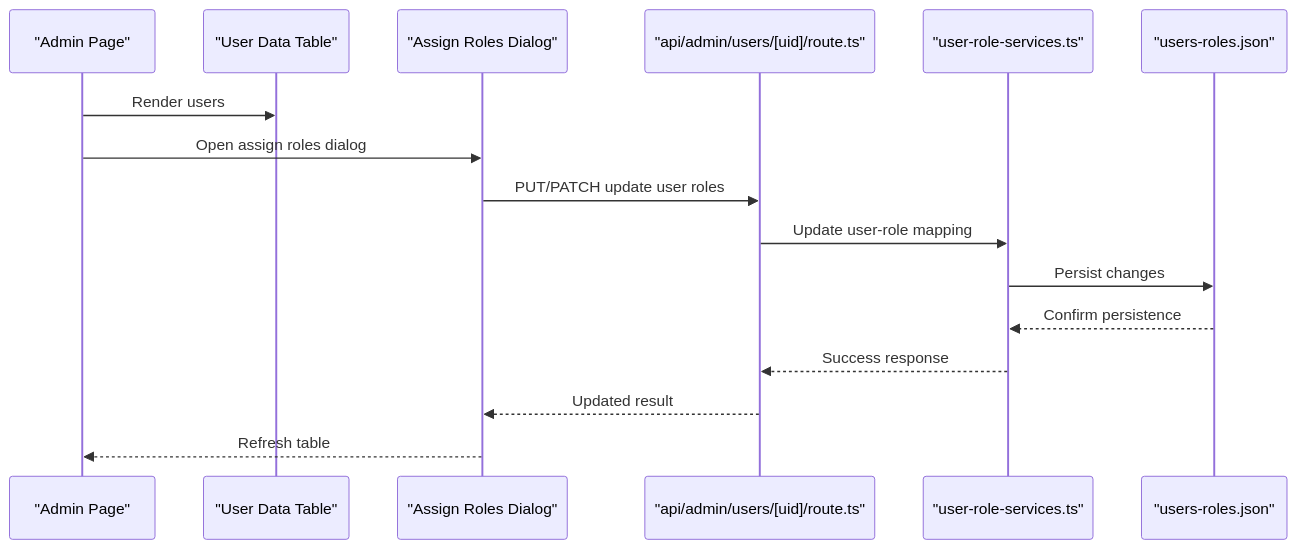
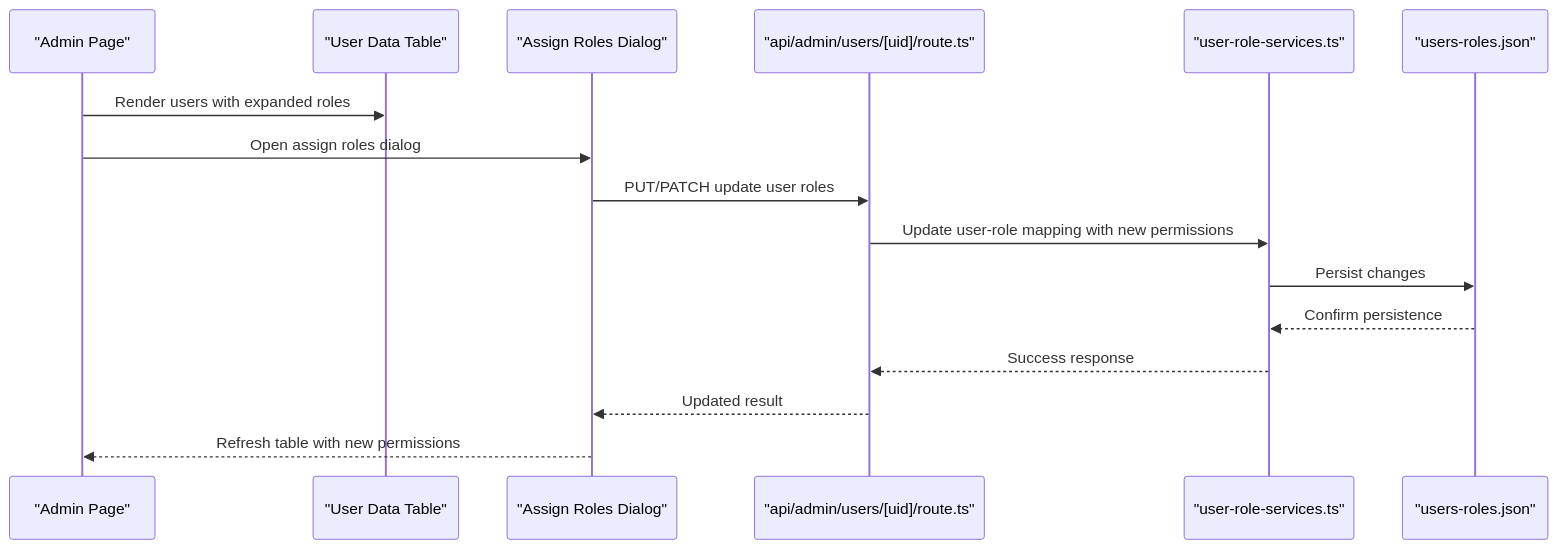
Before and after one commit to ngothanhtung/claude-code-shadcn-dashboard: the fifth of 8 diagrams in .qoder/repowiki/en/content/Authentication & Authorization/Role-Based Access Control/Role-Based Access Control.md, drawn with Mermaid. The commit also changed other lines of this file and 165 other files, not shown here.

````diff
--- a/.qoder/repowiki/en/content/Authentication & Authorization/Role-Based Access Control/Role-Based Access Control.md
+++ b/.qoder/repowiki/en/content/Authentication & Authorization/Role-Based Access Control/Role-Based Access Control.md
@@ -291,18 +382,18 @@
 ```mermaid
 sequenceDiagram
 participant Admin as "Admin Page"
 participant DataTable as "User Data Table"
 participant Dialog as "Assign Roles Dialog"
 participant API as "api/admin/users/[uid]/route.ts"
 participant Service as "user-role-services.ts"
 participant Store as "users-roles.json"
-Admin->>DataTable : Render users
+Admin->>DataTable : Render users with expanded roles
 Admin->>Dialog : Open assign roles dialog
 Dialog->>API : PUT/PATCH update user roles
-API->>Service : Update user-role mapping
+API->>Service : Update user-role mapping with new permissions
 Service->>Store : Persist changes
 Store-->>Service : Confirm persistence
 Service-->>API : Success response
 API-->>Dialog : Updated result
-Dialog-->>Admin : Refresh table
+Dialog-->>Admin : Refresh table with new permissions
 ```
````
